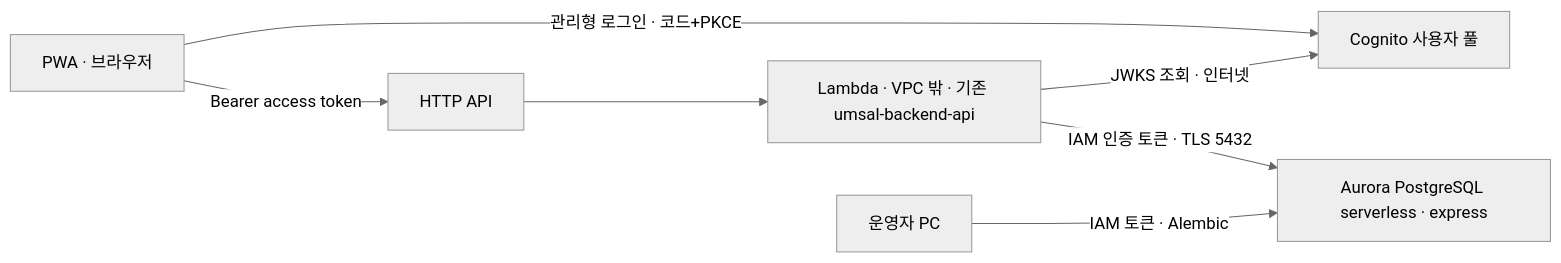
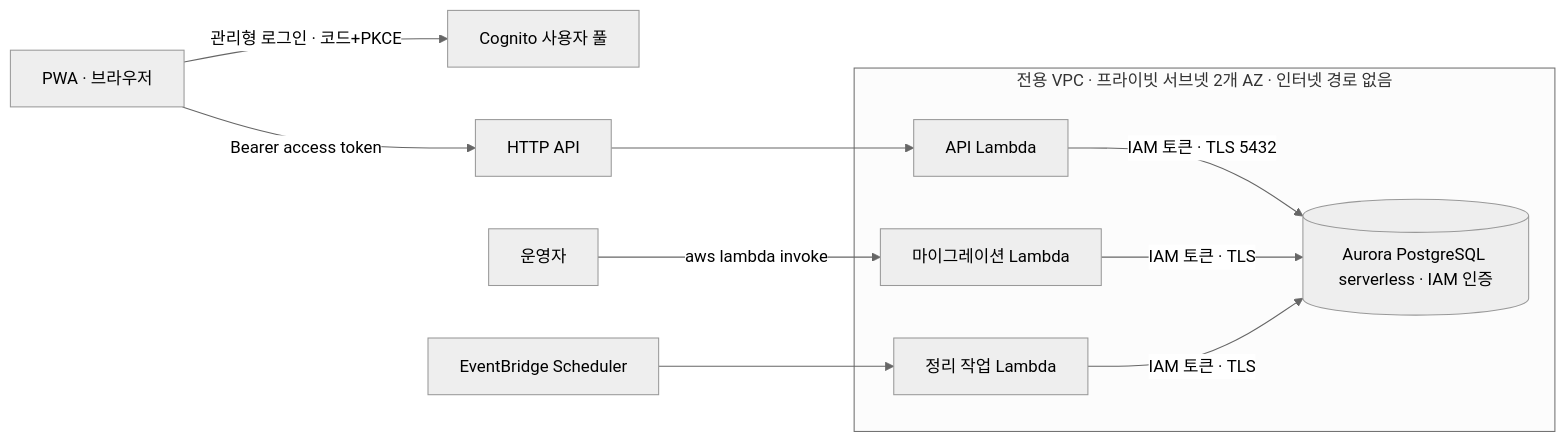
One commit to Advanced-AI-Leadership-Project/umsal-backend changed the diagram in docs/aws-stage2-design.md. Above: the diagram before and after it, drawn with Mermaid (neutral theme). The commit also changed other lines of this file and 5 other files, not shown here.

````diff
--- a/docs/aws-stage2-design.md
+++ b/docs/aws-stage2-design.md
@@ -11,9 +13,17 @@
 ```mermaid
 flowchart LR
   PWA[PWA · 브라우저] -->|관리형 로그인 · 코드+PKCE| Cognito[Cognito 사용자 풀]
   PWA -->|Bearer access token| API[HTTP API]
-  API --> Lambda[Lambda · VPC 밖 · 기존 umsal-backend-api]
-  Lambda -->|JWKS 조회 · 인터넷| Cognito
-  Lambda -->|IAM 인증 토큰 · TLS 5432| Aurora[Aurora PostgreSQL serverless · express]
-  Op[운영자 PC] -->|IAM 토큰 · Alembic| Aurora
+  subgraph VPC[전용 VPC · 프라이빗 서브넷 2개 AZ · 인터넷 경로 없음]
+    Lambda[API Lambda]
+    Migrate[마이그레이션 Lambda]
+    Maint[정리 작업 Lambda]
+    Aurora[(Aurora PostgreSQL serverless · IAM 인증)]
+    Lambda -->|IAM 토큰 · TLS 5432| Aurora
+    Migrate -->|IAM 토큰 · TLS| Aurora
+    Maint -->|IAM 토큰 · TLS| Aurora
+  end
+  API --> Lambda
+  Op[운영자] -->|aws lambda invoke| Migrate
+  Scheduler[EventBridge Scheduler] --> Maint
 ```
````
